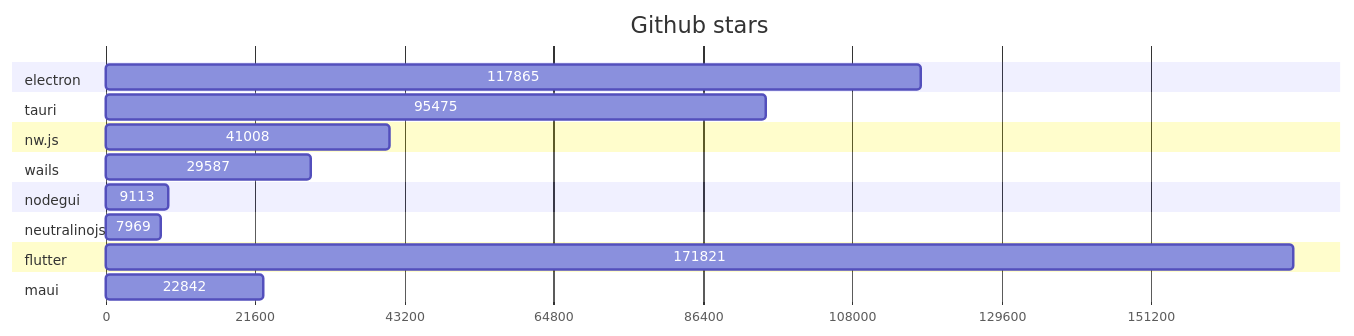
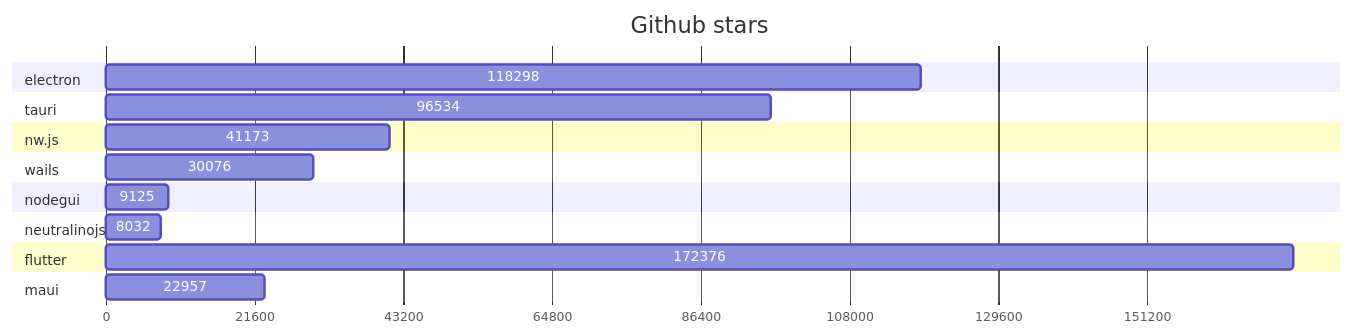
The first of 2 diagrams in GRAPHS.md (Elanis/web-to-desktop-framework-comparison), drawn with Mermaid before and after one commit. The commit also changed other lines of this file and 2 other files, not shown here.

Commit message:
Update stars & Fork

````diff
--- a/GRAPHS.md
+++ b/GRAPHS.md
@@ -5,40 +5,40 @@
 ```mermaid
 gantt
     title Github stars
     dateFormat  X
     axisFormat %s
 
 
 	section electron
-	117865 : 0, 117865
+	118298 : 0, 118298
 
 	
 	section tauri
-	95475 : 0, 95475
+	96534 : 0, 96534
 
 	
 	section nw.js
-	41008 : 0, 41008
+	41173 : 0, 41173
 
 	
 	section wails
-	29587 : 0, 29587
+	30076 : 0, 30076
 
 	
 	section nodegui
-	9113 : 0, 9113
+	9125 : 0, 9125
 
 	
 	section neutralinojs
-	7969 : 0, 7969
+	8032 : 0, 8032
 
 	
 	section flutter
-	171821 : 0, 171821
+	172376 : 0, 172376
 
 	
 	section maui
-	22842 : 0, 22842
+	22957 : 0, 22957
 
 	
 ```
````
